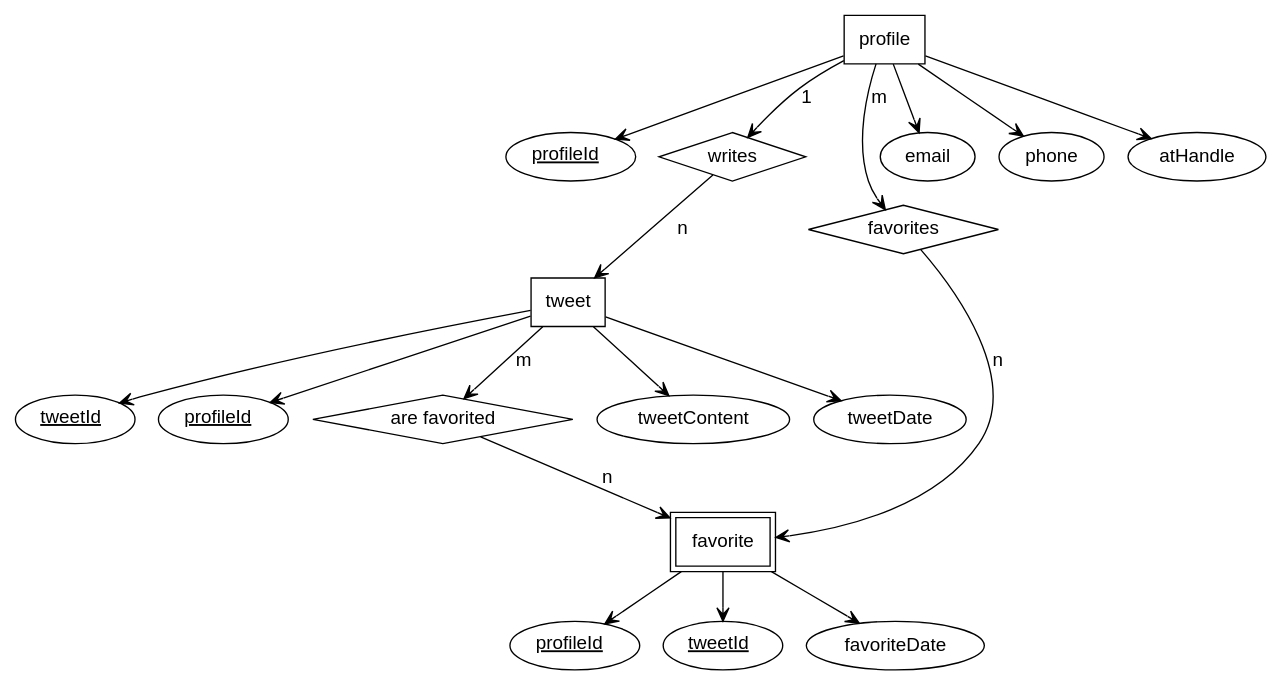
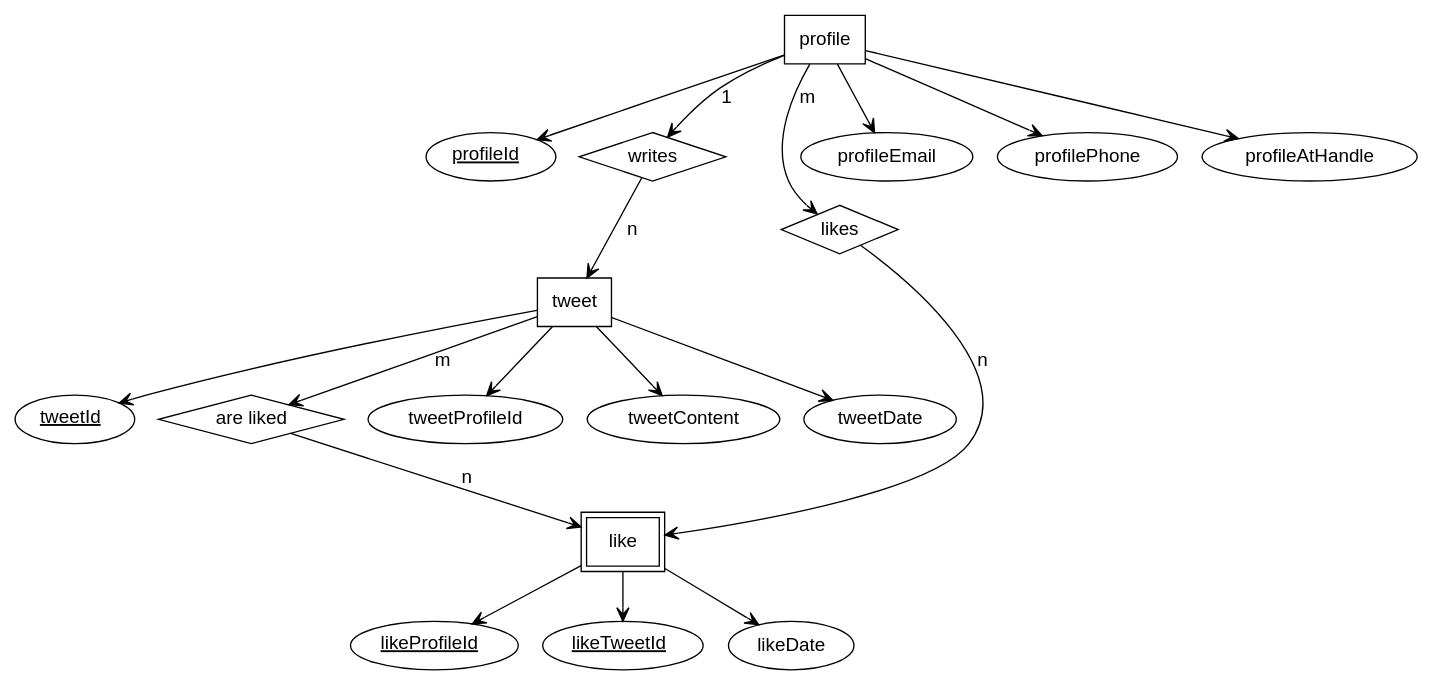
The diagram in artifacts/twitter-erd.gv (deepdivedylan/latex-slides), drawn with Graphviz before and after one commit. The commit also changed 2 other files, not shown here.

```diff
--- a/artifacts/twitter-erd.gv
+++ b/artifacts/twitter-erd.gv
@@ -1,49 +1,46 @@
 digraph G {
 	/* default settings */
 	node [fontname="Helvetica"];
 	edge [arrowhead=vee,fontname="Helvetica"]
 
 	/* entities */
 	profile [shape=box];
 	tweet [shape=box];
-	favorite [shape=box,peripheries=2];
+	like [shape=box,peripheries=2];
 
 	/* primary keys */
 	profileId_pk [label=<<u>profileId</u>>];
 	tweetId_pk [label=<<u>tweetId</u>>];
 
-	/* foreign keys */
-	profileId_fk [label=<<u>profileId</u>>];
-
 	/* weak primary keys */
-	profileId_weak_pk [label=<<u>profileId</u>>];
-	tweetId_weak_pk [label=<<u>tweetId</u>>];
+	profileId_weak_pk [label=<<u>likeProfileId</u>>];
+	tweetId_weak_pk [label=<<u>likeTweetId</u>>];
 
 	/* relations */
 	writes [shape=diamond];
 	profile -> writes [label="1"];
 	writes -> tweet [label="n"];
-	favorites [shape=diamond];
-	profile -> favorites [label="m"];
-	favorites -> favorite [label="n"];
-	favorited [label="are favorited",shape=diamond];
-	tweet -> favorited [label="m"];
-	favorited -> favorite [label="n"];
+	likes [shape=diamond];
+	profile -> likes [label="m"];
+	likes -> like [label="n"];
+	liked [label="are liked",shape=diamond];
+	tweet -> liked [label="m"];
+	liked -> like [label="n"];
 
 	/* profile attributes */
 	profile -> profileId_pk;
-	profile -> email;
-	profile -> phone;
-	profile -> atHandle;
+	profile -> profileEmail;
+	profile -> profilePhone;
+	profile -> profileAtHandle;
 
 	/* tweet attributes */
 	tweet -> tweetId_pk;
-	tweet -> profileId_fk;
+	tweet -> tweetProfileId;
 	tweet -> tweetContent;
 	tweet -> tweetDate;
 
-	/* favorite attributes */
-	favorite -> profileId_weak_pk;
-	favorite -> tweetId_weak_pk;
-	favorite -> favoriteDate;
+	/* like attributes */
+	like -> profileId_weak_pk;
+	like -> tweetId_weak_pk;
+	like -> likeDate;
 }
```
